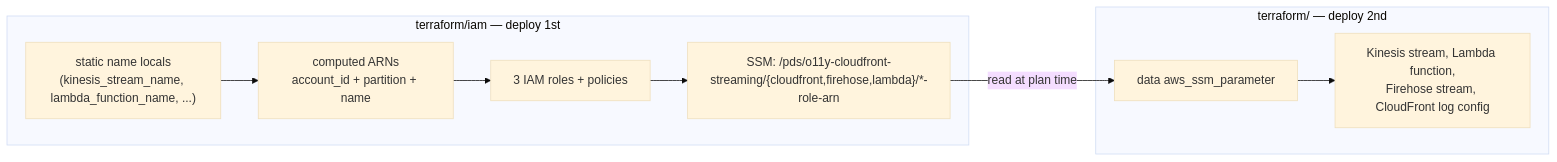
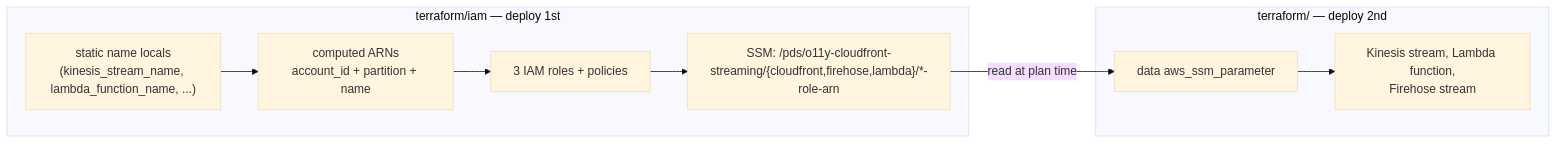
Before and after one commit to NASA-PDS/o11y-cloudfront-streaming: the diagram in terraform/README.md, drawn with Mermaid (base theme). The commit also changed other lines of this file and 3 other files, not shown here.

First line of the commit message:
fix: make the Taskfile read repo-local tfvars and remove stale log-config references

````diff
--- a/terraform/README.md
+++ b/terraform/README.md
@@ -28,18 +28,18 @@
 ```mermaid
 flowchart LR
     subgraph iam["terraform/iam — deploy 1st"]
         NAMES["static name locals\n(kinesis_stream_name, lambda_function_name, ...)"]
         COMPUTE["computed ARNs\naccount_id + partition + name"]
         ROLES["3 IAM roles + policies"]
         NAMES --> COMPUTE --> ROLES
         ROLES --> PUB["SSM: /pds/o11y-cloudfront-streaming/{cloudfront,firehose,lambda}/*-role-arn"]
     end
 
     subgraph main["terraform/ — deploy 2nd"]
         SUB["data aws_ssm_parameter"]
-        RES["Kinesis stream, Lambda function,\nFirehose stream, CloudFront log config"]
+        RES["Kinesis stream, Lambda function,\nFirehose stream"]
         SUB --> RES
     end
 
     PUB -->|"read at plan time"| SUB
 ```
````
